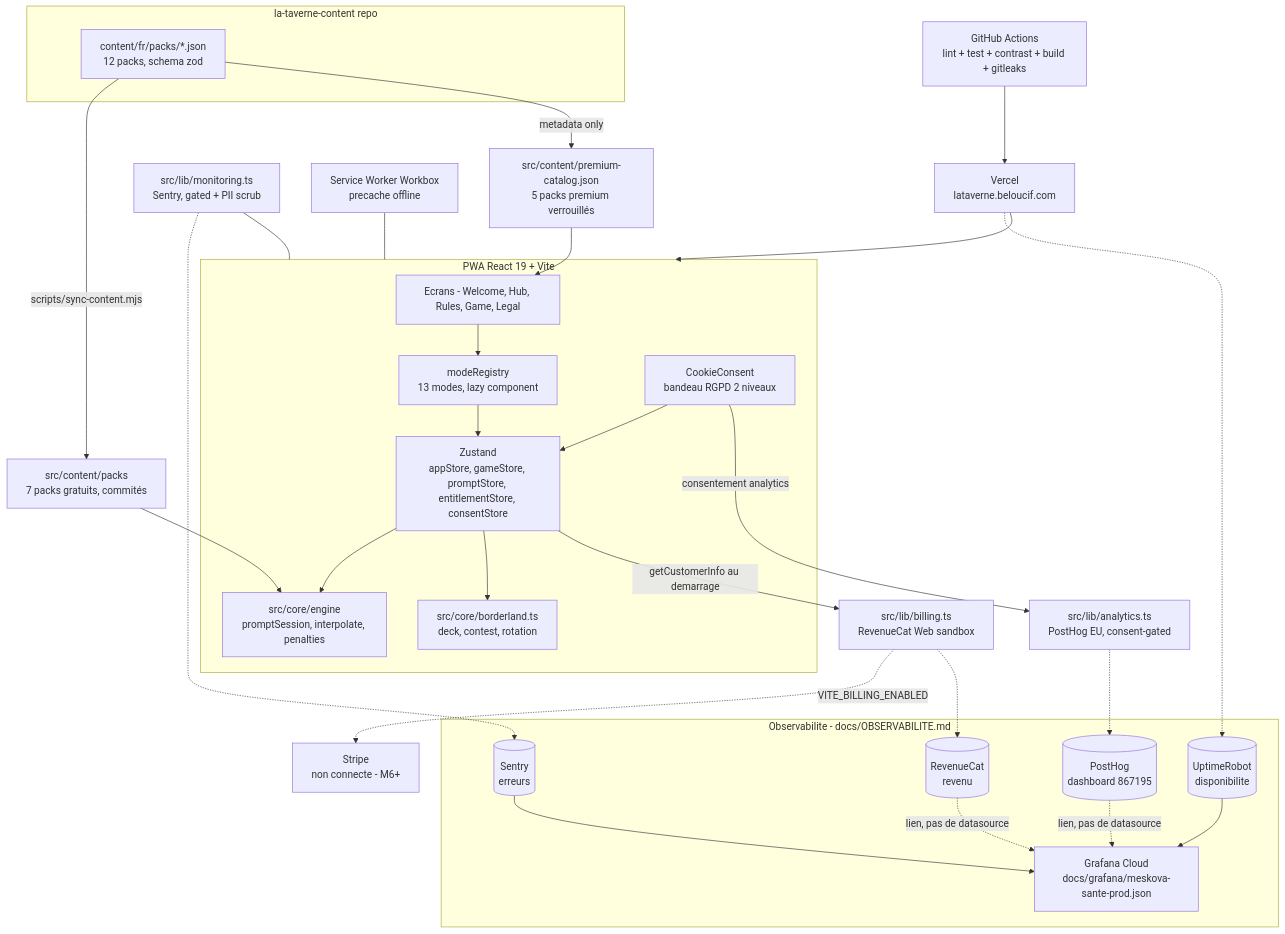
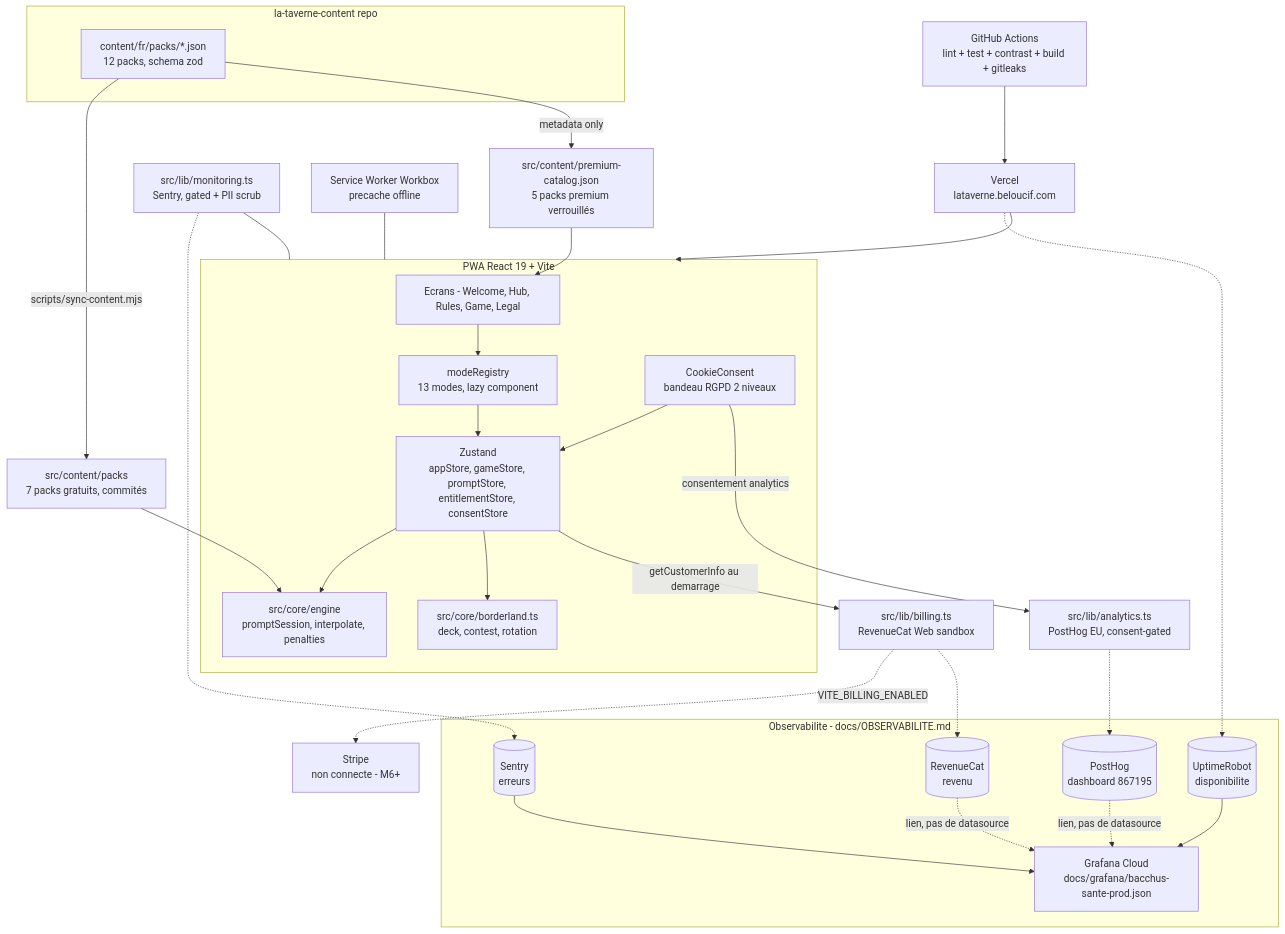
Before and after one commit to Adam-Blf/bacchana: the diagram in README.md, drawn with Mermaid. The commit also changed other lines of this file and 58 other files, not shown here.

````diff
--- a/README.md
+++ b/README.md
@@ -145,47 +145,47 @@
 ```mermaid
 flowchart TD
     subgraph Content [la-taverne-content repo]
         Packs[content/fr/packs/*.json\n12 packs, schema zod]
     end
     Packs -->|scripts/sync-content.mjs| Free[src/content/packs\n7 packs gratuits, commités]
     Packs -->|metadata only| Catalog[src/content/premium-catalog.json\n5 packs premium verrouillés]
 
     subgraph Client [PWA React 19 + Vite]
         UI[Ecrans - Welcome, Hub, Rules, Game, Legal]
         Registry[modeRegistry\n13 modes, lazy component]
         Engine[src/core/engine\npromptSession, interpolate, penalties]
         Core[src/core/borderland.ts\ndeck, contest, rotation]
         Stores[Zustand\nappStore, gameStore, promptStore, entitlementStore, consentStore]
         Cookie[CookieConsent\nbandeau RGPD 2 niveaux]
         UI --> Registry --> Stores
         Stores --> Engine
         Stores --> Core
         Cookie --> Stores
     end
 
     Free --> Engine
     Catalog --> UI
     Cookie -->|consentement analytics| Analytics[src/lib/analytics.ts\nPostHog EU, consent-gated]
     Stores -->|getCustomerInfo au demarrage| Billing[src/lib/billing.ts\nRevenueCat Web sandbox]
     Billing -.->|VITE_BILLING_ENABLED| Stripe[Stripe\nnon connecte - M6+]
     Monitor[src/lib/monitoring.ts\nSentry, gated + PII scrub] --- Client
     SW[Service Worker Workbox\nprecache offline] --- Client
     Vercel[Vercel\nlataverne.beloucif.com] --> Client
     CI[GitHub Actions\nlint + test + contrast + build + gitleaks] --> Vercel
 
     subgraph Observability [Observabilite - docs/OBSERVABILITE.md]
         Sentry[(Sentry\nerreurs)]
         PH[(PostHog\ndashboard 867195)]
         UR[(UptimeRobot\ndisponibilite)]
         RC[(RevenueCat\nrevenu)]
-        Grafana[Grafana Cloud\ndocs/grafana/meskova-sante-prod.json]
+        Grafana[Grafana Cloud\ndocs/grafana/bacchus-sante-prod.json]
         Sentry --> Grafana
         UR --> Grafana
         PH -.->|lien, pas de datasource| Grafana
         RC -.->|lien, pas de datasource| Grafana
     end
     Monitor -.-> Sentry
     Analytics -.-> PH
     Vercel -.-> UR
     Billing -.-> RC
 ```
````
